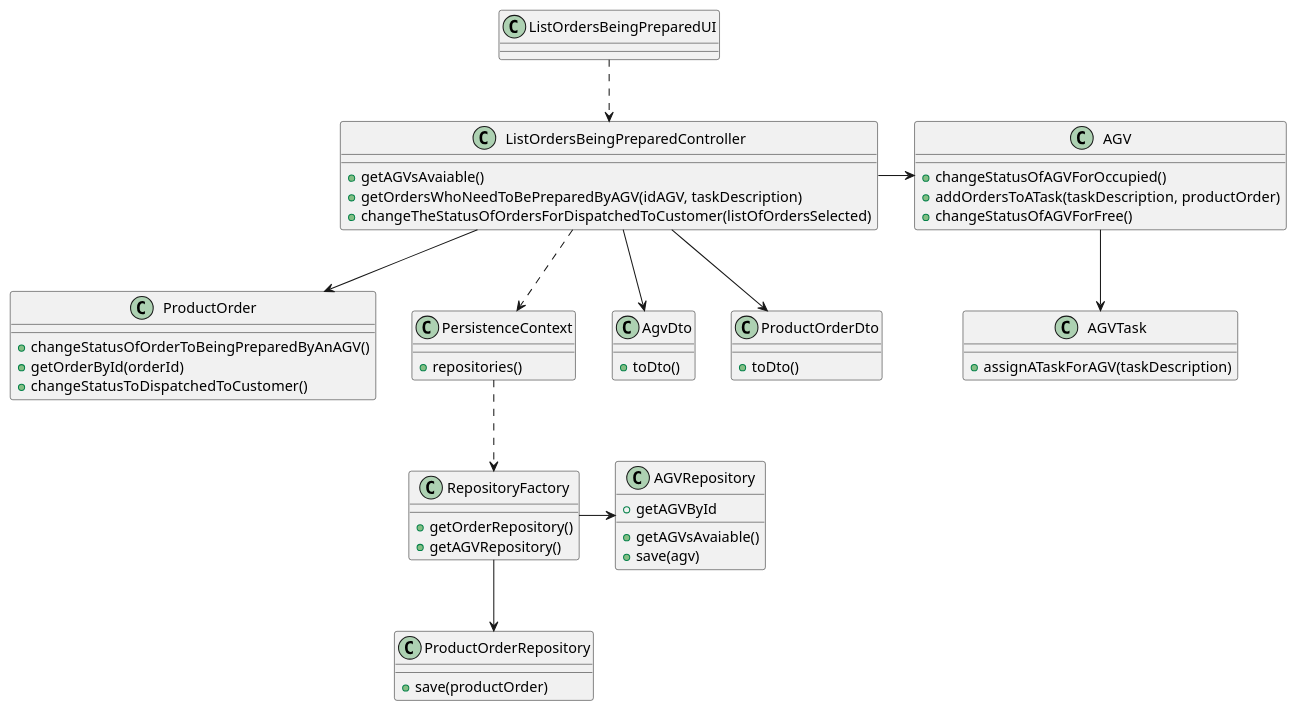
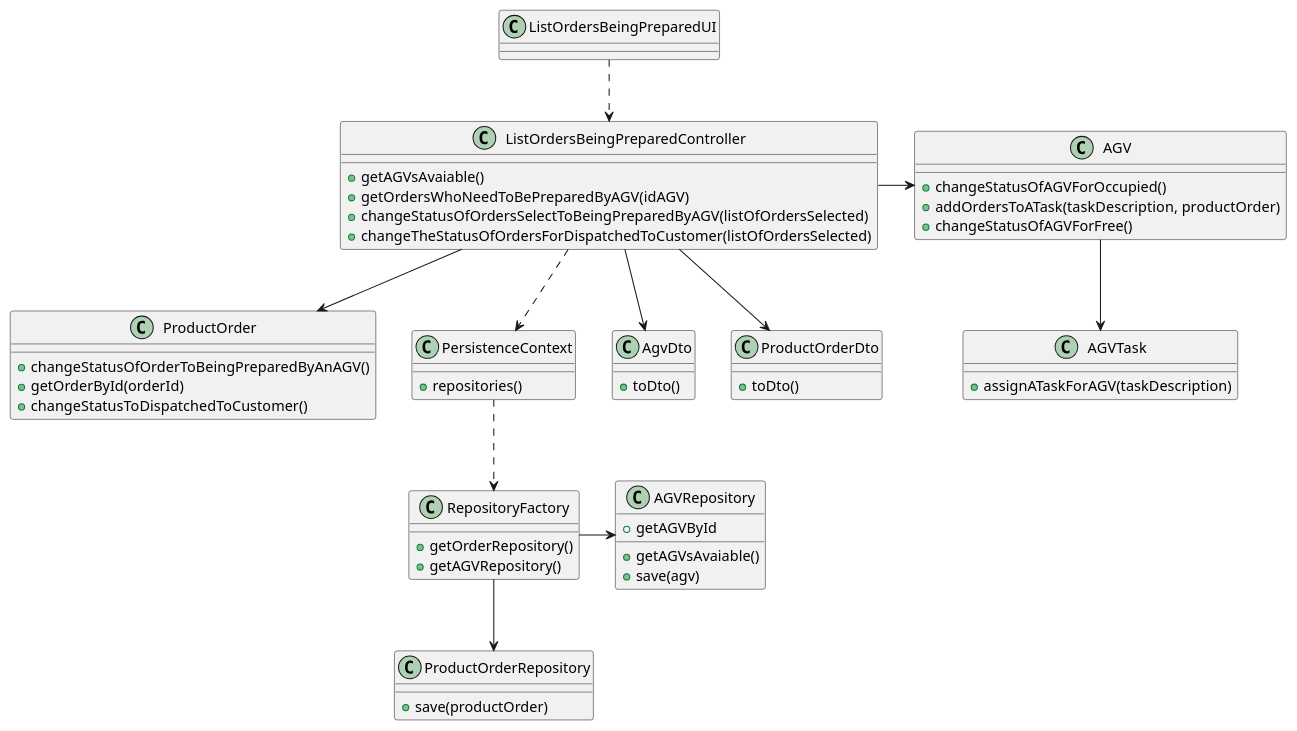
One commit to 0franciscor/lei21_22_s4_2de_01 changed the diagram in docs/1200720/US2004/CD_US2004.puml. Above: the diagram before and after it, drawn with PlantUML. The commit also changed 12 other files, not shown here.

```diff
--- a/docs/1200720/US2004/CD_US2004.puml
+++ b/docs/1200720/US2004/CD_US2004.puml
@@ -1,84 +1,85 @@
 @startuml
 'https://plantuml.com/sequence-diagram
 
 class ListOrdersBeingPreparedUI
 class ListOrdersBeingPreparedController
 class AGV
 class AGVTask
 class ProductOrder
 class PersistenceContext
 class RepositoryFactory
 class AGVRepository
 class ProductOrderRepository
 class AgvDto
 class ProductOrderDto
 
 
 class ProductOrderDto {
     + toDto()
 }
 
 class AgvDto {
     + toDto()
 
 }
 
 class ProductOrder {
 
     + changeStatusOfOrderToBeingPreparedByAnAGV()
     + getOrderById(orderId)
     + changeStatusToDispatchedToCustomer()
 
 }
 
 class AGV {
     + changeStatusOfAGVForOccupied()
     + addOrdersToATask(taskDescription, productOrder)
     + changeStatusOfAGVForFree()
 }
 class ListOrdersBeingPreparedController {
     + getAGVsAvaiable()
-    + getOrdersWhoNeedToBePreparedByAGV(idAGV, taskDescription)
+    + getOrdersWhoNeedToBePreparedByAGV(idAGV)
+    + changeStatusOfOrdersSelectToBeingPreparedByAGV(listOfOrdersSelected)
     + changeTheStatusOfOrdersForDispatchedToCustomer(listOfOrdersSelected)
 
 }
 
 class AGVTask {
     + assignATaskForAGV(taskDescription)
 }
 
 class AGVRepository {
     + getAGVsAvaiable()
     + getAGVById
     + save(agv)
 }
 
 
 class ProductOrderRepository {
     + save(productOrder)
 }
 
 class PersistenceContext {
     + repositories()
 }
 
 class RepositoryFactory{
 
     + getOrderRepository()
     + getAGVRepository()
 }
 
 
 ListOrdersBeingPreparedUI ..> ListOrdersBeingPreparedController
 ListOrdersBeingPreparedController ..> PersistenceContext
 PersistenceContext ..> RepositoryFactory
 RepositoryFactory -> AGVRepository
 RepositoryFactory --> ProductOrderRepository
 ListOrdersBeingPreparedController -> AGV
 ListOrdersBeingPreparedController --> ProductOrder
 AGV --> AGVTask
 
 ListOrdersBeingPreparedController --> AgvDto
 ListOrdersBeingPreparedController --> ProductOrderDto
 
 @enduml
```
